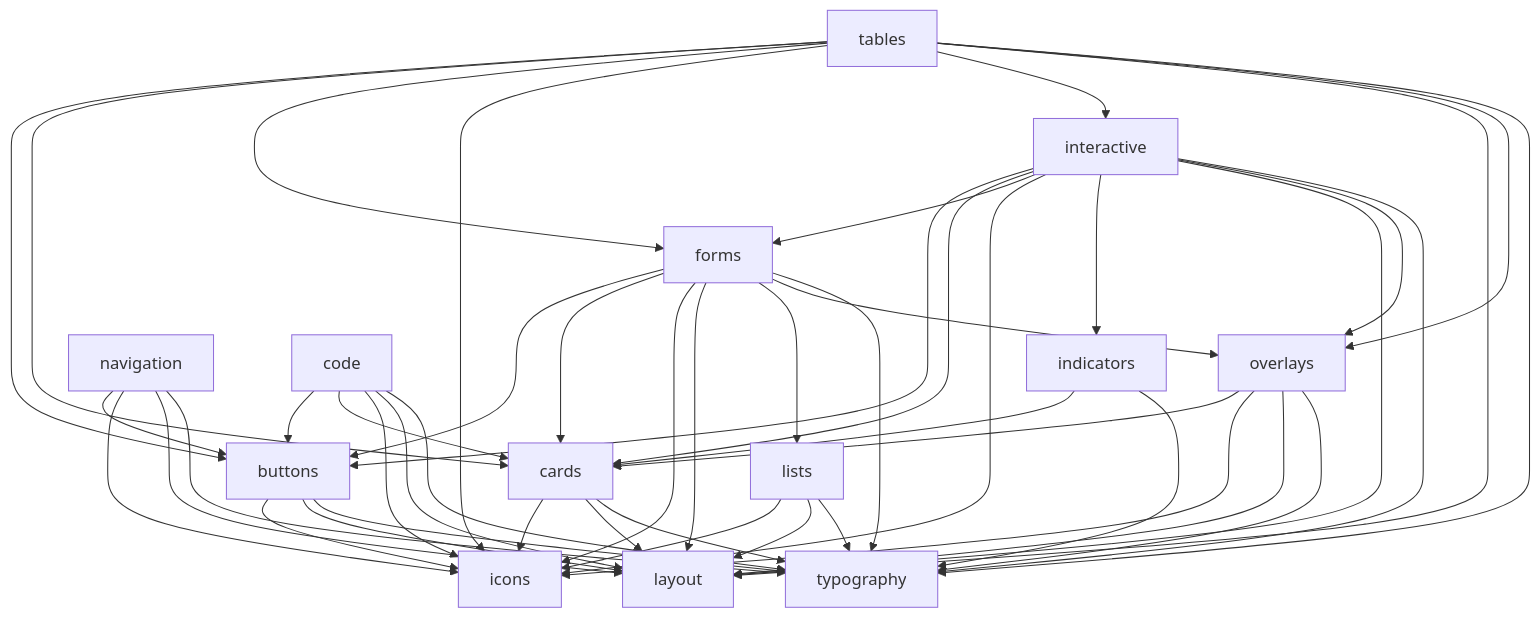
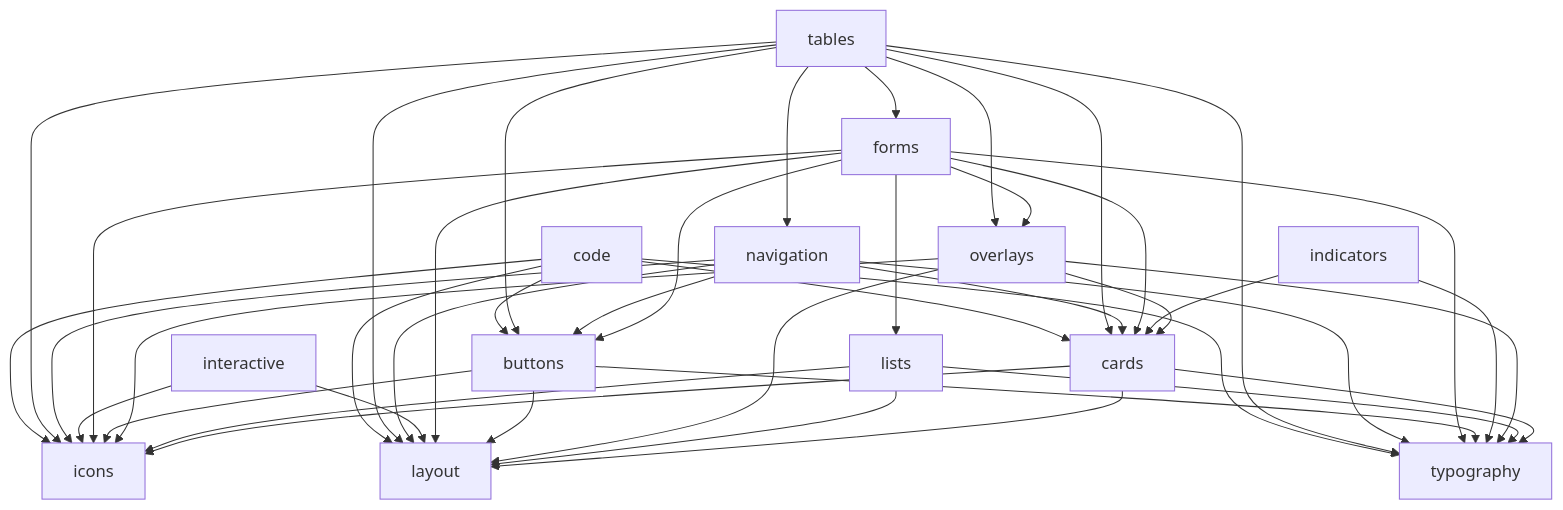
One commit to uiid-systems/design-system changed the diagram in docs/architecture/component-dependency-graph.md. Above: the diagram before and after it, drawn with Mermaid. The commit also changed other lines of this file and 3 other files, not shown here.

First line of the commit message:
docs(repo): realign docs with the navigation and forms package moves

````diff
--- a/docs/architecture/component-dependency-graph.md
+++ b/docs/architecture/component-dependency-graph.md
@@ -12,34 +12,34 @@
 ```mermaid
 graph TD
   icons[icons]
   typography[typography]
   layout[layout]
   cards[cards]
   overlays[overlays]
   buttons[buttons]
   indicators[indicators]
   lists[lists]
   forms[forms]
   interactive[interactive]
   navigation[navigation]
   tables[tables]
   code[code]
 
   cards --> icons & layout & typography
   lists --> icons & layout & typography
 
   overlays --> cards & icons & layout & typography
   indicators --> cards & typography
 
   buttons --> icons & layout & typography
 
   forms --> buttons & cards & icons & layout & lists & overlays & typography
 
-  interactive --> buttons & cards & forms & icons & indicators & layout & overlays & typography
+  interactive --> icons & layout
 
-  navigation --> buttons & icons & layout & typography
+  navigation --> buttons & cards & icons & layout & typography
 
-  tables --> buttons & cards & forms & icons & interactive & layout & overlays & typography
+  tables --> buttons & cards & forms & icons & layout & navigation & overlays & typography
 
   code --> buttons & cards & icons & layout & typography
 ```
````
